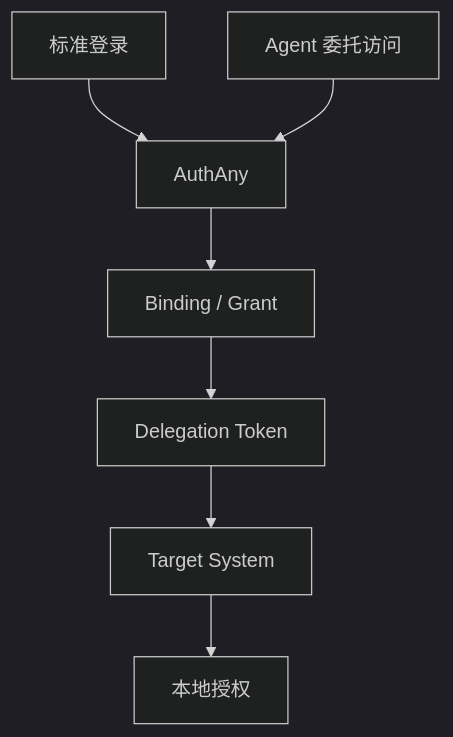
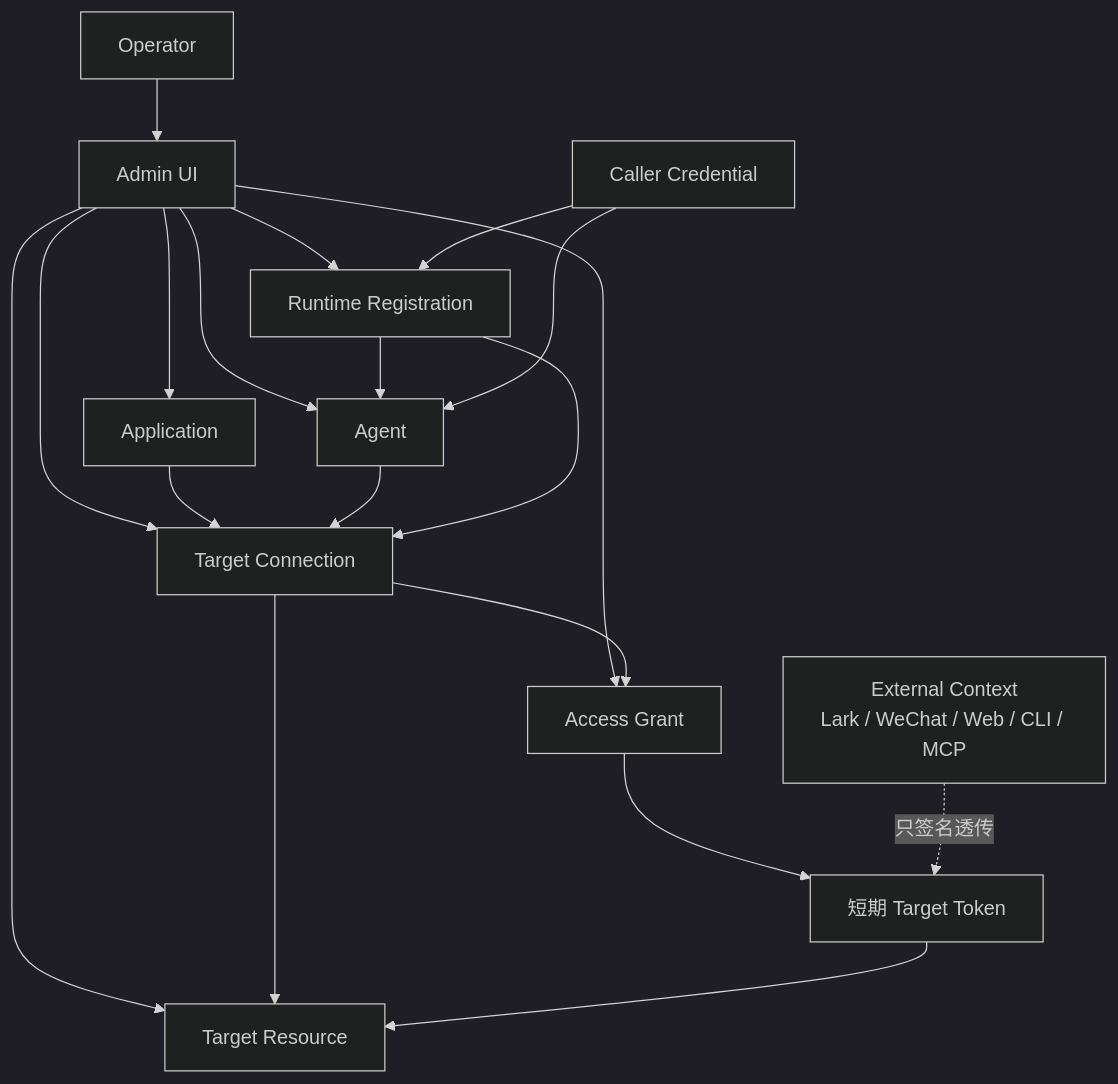
The first of 2 diagrams in specs/00-PRODUCT-REQUIREMENTS.md (renxqoo/Authany), drawn with Mermaid (dark theme) before and after one commit. The commit also changed other lines of this file and 310 other files, not shown here.

Commit message:
feat: harden security flows and reorganize example apps

````diff
--- a/specs/00-PRODUCT-REQUIREMENTS.md
+++ b/specs/00-PRODUCT-REQUIREMENTS.md
@@ -252,9 +91,24 @@
 ```mermaid
 flowchart TD
-    LOGIN["标准登录"] --> AUTH["AuthAny"]
-    AGENT["Agent 委托访问"] --> AUTH
-    AUTH --> BIND["Binding / Grant"]
-    BIND --> TOKEN["Delegation Token"]
-    TOKEN --> TARGET["Target System"]
-    TARGET --> LOCAL["本地授权"]
+    OP["Operator"] --> ADMIN["Admin UI"]
+    ADMIN --> APP["Application"]
+    ADMIN --> AG["Agent"]
+    ADMIN --> RT["Runtime Registration"]
+    ADMIN --> TS["Target Resource"]
+    ADMIN --> CONN["Target Connection"]
+    ADMIN --> GRANT["Access Grant"]
+
+    RT --> AG
+    CRED["Caller Credential"] --> RT
+    CRED --> AG
+
+    APP --> CONN
+    AG --> CONN
+    RT --> CONN
+    CONN --> TS
+    CONN --> GRANT
+    GRANT --> TOK["短期 Target Token"]
+    TOK --> TS
+
+    EXT["External Context<br/>Lark / WeChat / Web / CLI / MCP"] -. "只签名透传" .-> TOK
 ```
````
